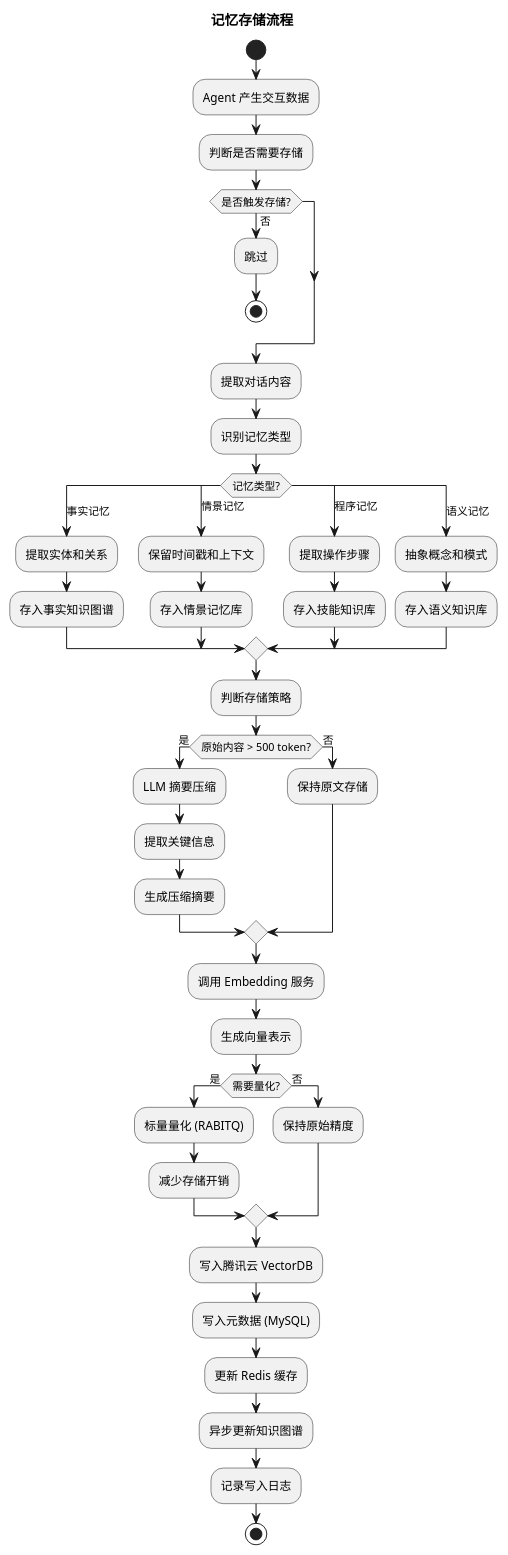
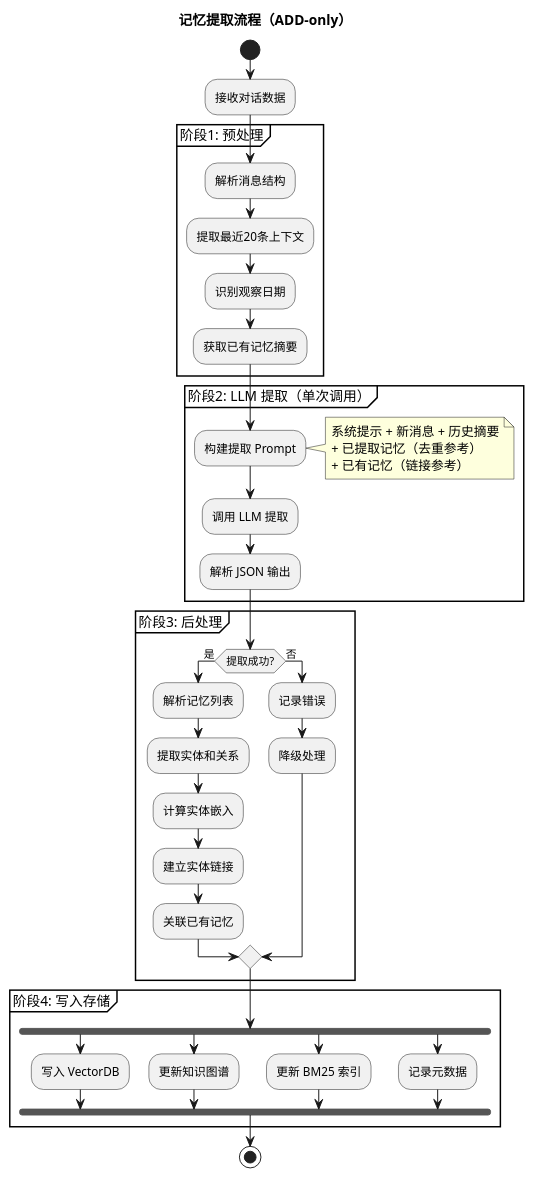
The second of 5 diagrams in README.md (RiceBall-15/agent-memory-system), drawn with PlantUML before and after one commit. The commit also changed other lines of this file, not shown here.

Commit message:
docs: v3.0 深度优化 - Mem0/Graphiti/Letta源码分析、高并发处理、前端监控界面设计

````diff
--- a/README.md
+++ b/README.md
@@ -147,63 +238,55 @@
 ```plantuml
-@startuml Memory-Storage-Flow
-title 记忆存储流程
+@startuml Memory-Extraction-Flow
+title 记忆提取流程（ADD-only）
 
 start
 
-:Agent 产生交互数据;
-:判断是否需要存储;
+:接收对话数据;
 
-if (是否触发存储?) then (否)
-  :跳过;
-  stop
-endif
+partition "阶段1: 预处理" {
+  :解析消息结构;
+  :提取最近20条上下文;
+  :识别观察日期;
+  :获取已有记忆摘要;
+}
 
-:提取对话内容;
-:识别记忆类型;
+partition "阶段2: LLM 提取（单次调用）" {
+  :构建提取 Prompt;
+  note right
+    系统提示 + 新消息 + 历史摘要
+    + 已提取记忆（去重参考）
+    + 已有记忆（链接参考）
+  end note
+  :调用 LLM 提取;
+  :解析 JSON 输出;
+}
 
-switch (记忆类型?)
-case (事实记忆)
-  :提取实体和关系;
-  :存入事实知识图谱;
-case (情景记忆)
-  :保留时间戳和上下文;
-  :存入情景记忆库;
-case (程序记忆)
-  :提取操作步骤;
-  :存入技能知识库;
-case (语义记忆)
-  :抽象概念和模式;
-  :存入语义知识库;
-endswitch
+partition "阶段3: 后处理" {
+  if (提取成功?) then (是)
+    :解析记忆列表;
+    :提取实体和关系;
+    :计算实体嵌入;
+    :建立实体链接;
+    :关联已有记忆;
+  else (否)
+    :记录错误;
+    :降级处理;
+  endif
+}
 
-:判断存储策略;
-
-if (原始内容 > 500 token?) then (是)
-  :LLM 摘要压缩;
-  :提取关键信息;
-  :生成压缩摘要;
-else (否)
-  :保持原文存储;
-endif
-
-:调用 Embedding 服务;
-:生成向量表示;
-
-if (需要量化?) then (是)
-  :标量量化 (RABITQ);
-  :减少存储开销;
-else (否)
-  :保持原始精度;
-endif
-
-:写入腾讯云 VectorDB;
-:写入元数据 (MySQL);
-:更新 Redis 缓存;
-
-:异步更新知识图谱;
-:记录写入日志;
+partition "阶段4: 写入存储" {
+  fork
+    :写入 VectorDB;
+  fork again
+    :更新知识图谱;
+  fork again
+    :更新 BM25 索引;
+  fork again
+    :记录元数据;
+  end fork
+}
 
 stop
 
 @enduml
 ```
````
